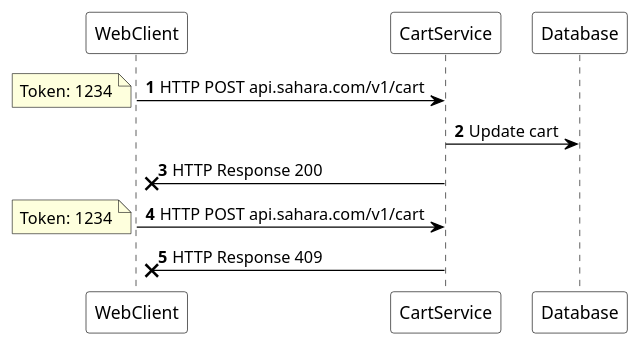
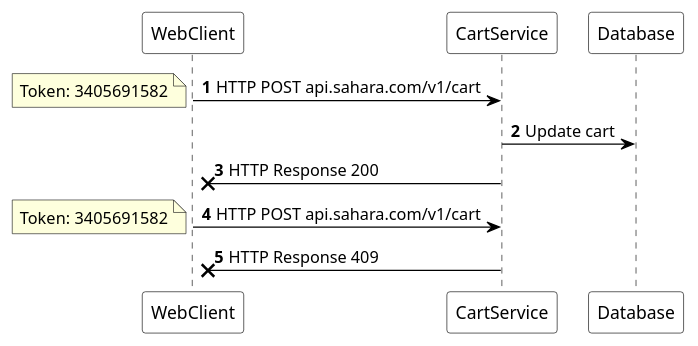
Before and after one commit to CSSE6400/software-architecture: the diagram in slides/distributed1/diagrams/drop2Fix.puml, drawn with PlantUML. The commit also changed 3 other files, not shown here.

```diff
--- a/slides/distributed1/diagrams/drop2Fix.puml
+++ b/slides/distributed1/diagrams/drop2Fix.puml
@@ -1,18 +1,18 @@
 @startuml drop2Fix
 skinparam shadowing false
 skinparam ParticipantBorderColor black
 skinparam ArrowColor black
 skinparam ParticipantBackgroundColor white
 skinparam ParticipantFontColor black
 skinparam SequenceLifeLineBorderColor black
 
 autonumber
 WebClient -> CartService : HTTP POST api.sahara.com/v1/cart
-note left: Token: 1234
+note left: Token: 3405691582
 CartService -> Database : Update cart
 CartService ->x WebClient : HTTP Response 200
 WebClient -> CartService : HTTP POST api.sahara.com/v1/cart
-note left: Token: 1234
+note left: Token: 3405691582
 CartService ->x WebClient : HTTP Response 409
 
 @enduml
```
